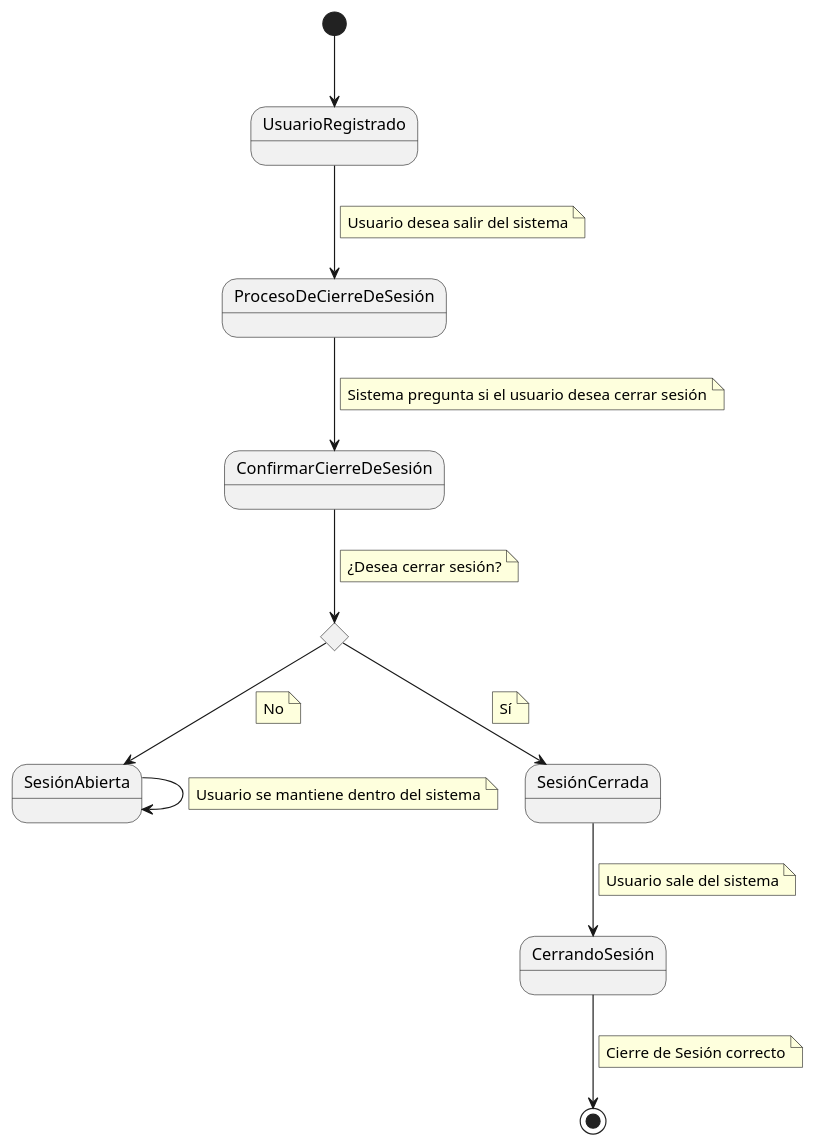
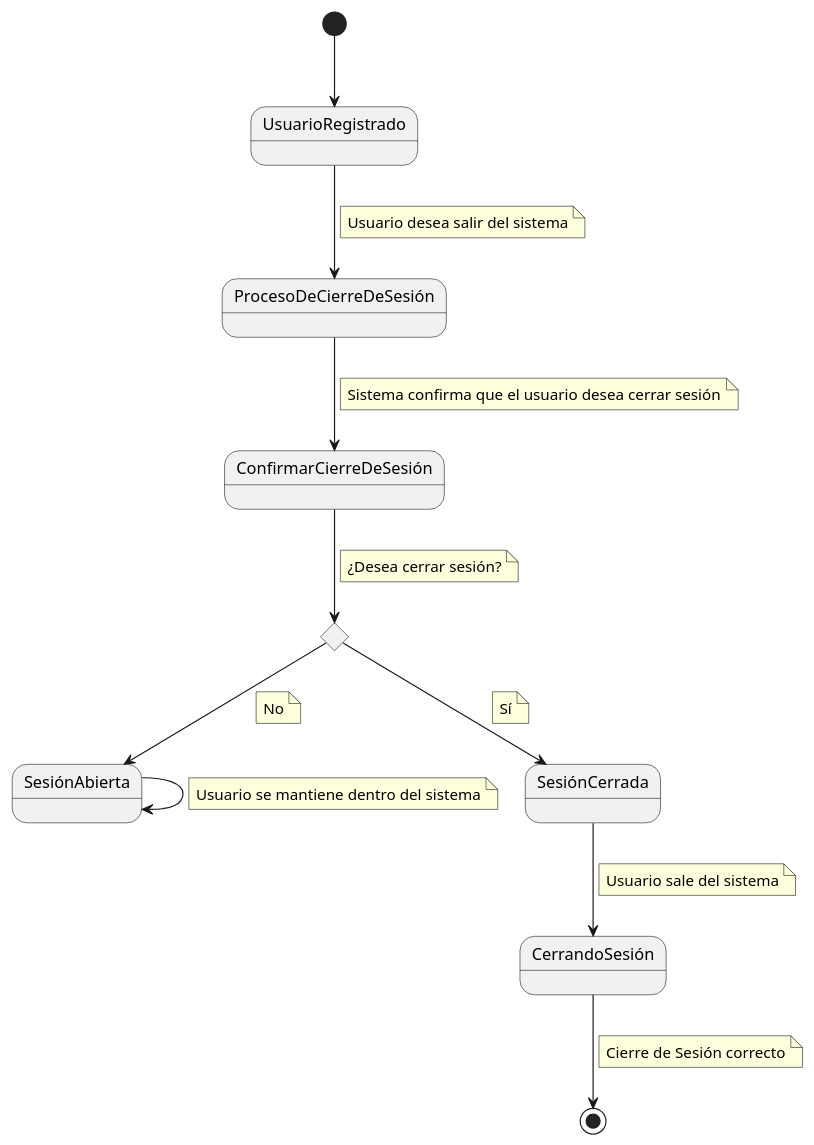
One commit to mmasias/24-25-IdSw1-SDR changed the diagram in Documentos/DetallarCasosDeUso/CerrarSesion.puml. Above: the diagram before and after it, drawn with PlantUML.

```diff
--- a/Documentos/DetallarCasosDeUso/CerrarSesion.puml
+++ b/Documentos/DetallarCasosDeUso/CerrarSesion.puml
@@ -1,43 +1,43 @@
 @startuml
 [*] --> UsuarioRegistrado
 UsuarioRegistrado --> ProcesoDeCierreDeSesión
 note on link
     Usuario desea salir del sistema
 end note
 
 ProcesoDeCierreDeSesión --> ConfirmarCierreDeSesión
 note on link
-    Sistema pregunta si el usuario desea cerrar sesión
+    Sistema confirma que el usuario desea cerrar sesión
 end note
 
 state rombo <<choice>>
 ConfirmarCierreDeSesión --> rombo
 note on link
     ¿Desea cerrar sesión?
 end note
 
 rombo --> SesiónAbierta
 note on link
     No
 end note
 
 rombo --> SesiónCerrada
 note on link
     Sí
 end note
 
 SesiónCerrada --> CerrandoSesión
 note on link
     Usuario sale del sistema
 end note
 
 SesiónAbierta --> SesiónAbierta
 note on link
     Usuario se mantiene dentro del sistema
 end note
 
 CerrandoSesión --> [*]
 note on link
     Cierre de Sesión correcto
 end note
 @enduml
```
